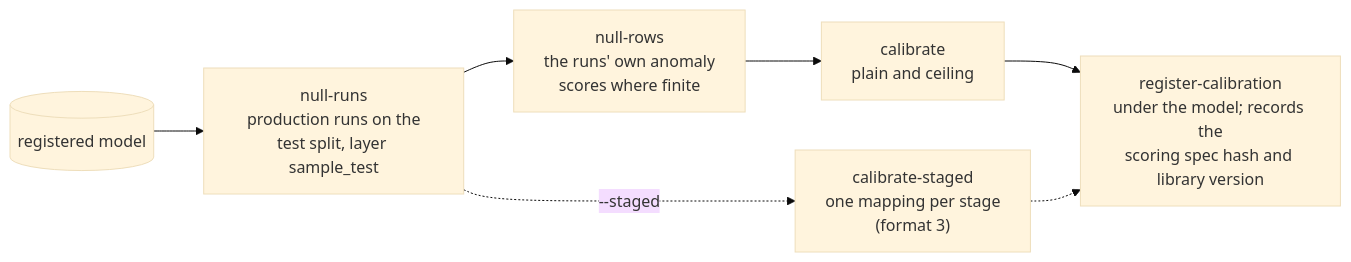
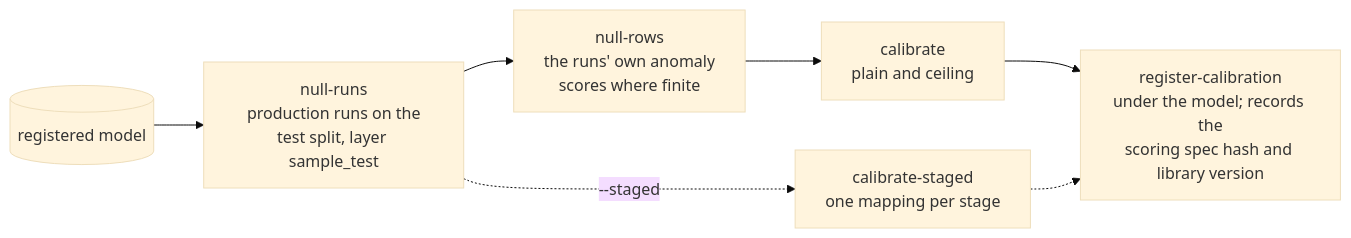
Before and after one commit to conflict-ecology/ponzi-suite: the fourth of 5 diagrams in docs/method/workflows.md, drawn with Mermaid (base theme). The commit also changed other lines of this file and 156 other files, not shown here.

````diff
--- a/docs/method/workflows.md
+++ b/docs/method/workflows.md
@@ -179,9 +179,9 @@
 ```mermaid
 flowchart LR
   reg[("registered model")] --> runs["null-runs<br/>production runs on the<br/>test split, layer sample_test"]
   runs --> rows["null-rows<br/>the runs' own anomaly<br/>scores where finite"]
   rows --> build["calibrate<br/>plain and ceiling"]
   build --> regcal["register-calibration<br/>under the model; records the<br/>scoring spec hash and library version"]
-  runs -. "--staged" .-> staged["calibrate-staged<br/>one mapping per stage<br/>(format 3)"]
+  runs -. "--staged" .-> staged["calibrate-staged<br/>one mapping per stage"]
   staged -.-> regcal
 ```
````
